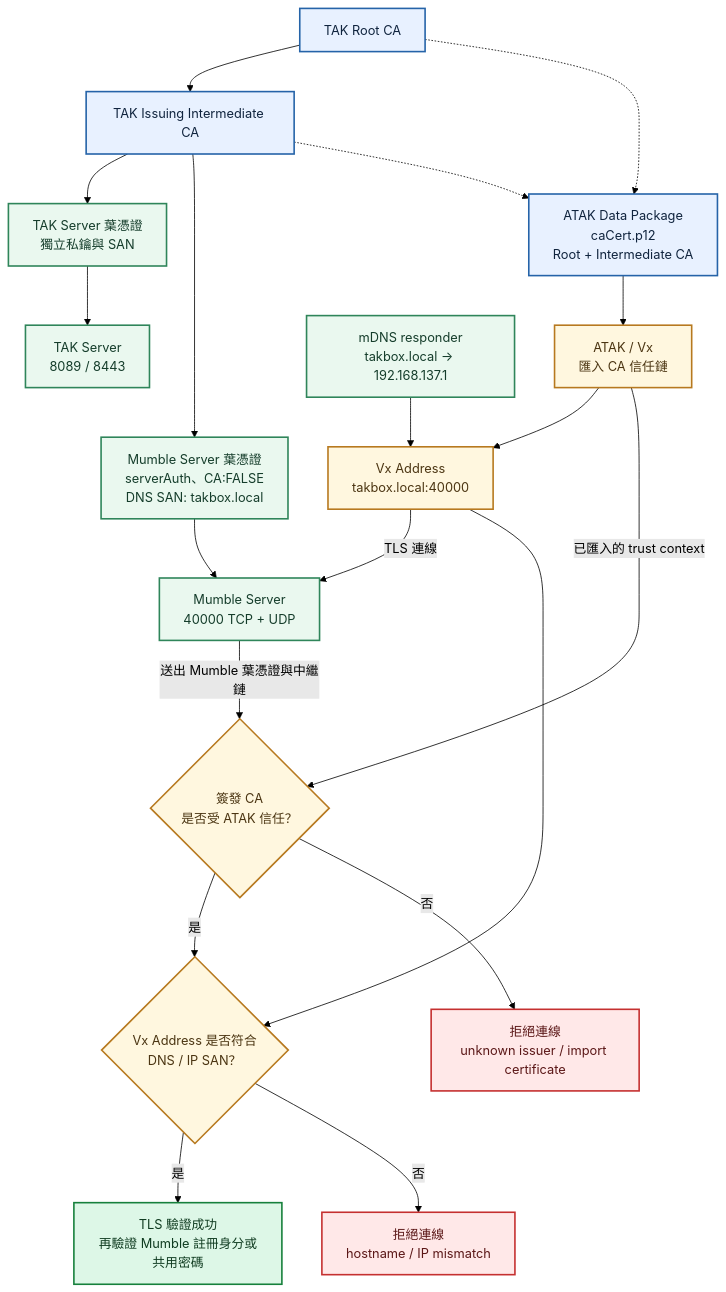
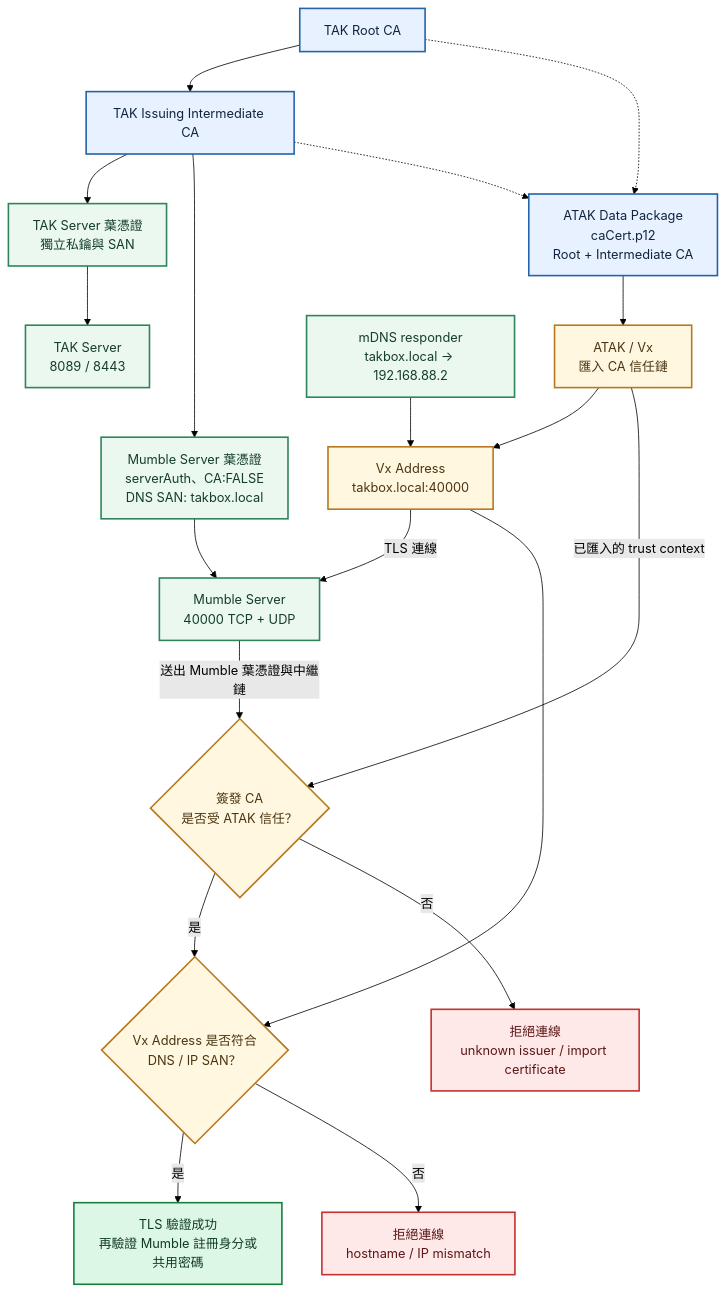
Before and after one commit to swim-fish/tak-server-docker: the diagram in docs/security/certificates.md, drawn with Mermaid (forest theme). The commit also changed other lines of this file and 3 other files, not shown here.

````diff
--- a/docs/security/certificates.md
+++ b/docs/security/certificates.md
@@ -39,39 +41,39 @@
 ```mermaid
 flowchart TB
     ROOT["TAK Root CA"] --> ICA["TAK Issuing Intermediate CA"]
 
     ICA --> TAKCERT["TAK Server 葉憑證<br/>獨立私鑰與 SAN"]
     ICA --> MUMCERT["Mumble Server 葉憑證<br/>serverAuth、CA:FALSE<br/>DNS SAN: takbox.local"]
 
     TAKCERT --> TAKSERVER["TAK Server<br/>8089 / 8443"]
     MUMCERT --> MUMBLE["Mumble Server<br/>40000 TCP + UDP"]
 
     ROOT -.-> CAP12["ATAK Data Package<br/>caCert.p12<br/>Root + Intermediate CA"]
     ICA -.-> CAP12
     CAP12 --> ATAK["ATAK / Vx<br/>匯入 CA 信任鏈"]
 
-    MDNS["mDNS responder<br/>takbox.local → 192.168.137.1"] --> ADDRESS["Vx Address<br/>takbox.local:40000"]
+    MDNS["mDNS responder<br/>takbox.local → 192.168.88.2"] --> ADDRESS["Vx Address<br/>takbox.local:40000"]
     ATAK --> ADDRESS
     ADDRESS -->|"TLS 連線"| MUMBLE
 
     MUMBLE -->|"送出 Mumble 葉憑證與中繼鏈"| CHAIN{"簽發 CA<br/>是否受 ATAK 信任？"}
     ATAK -->|"已匯入的 trust context"| CHAIN
     CHAIN -->|"是"| SAN{"Vx Address 是否符合<br/>DNS / IP SAN？"}
     ADDRESS --> SAN
     SAN -->|"是"| PASS["TLS 驗證成功<br/>再驗證 Mumble 註冊身分或共用密碼"]
 
     CHAIN -->|"否"| FAILCA["拒絕連線<br/>unknown issuer / import certificate"]
     SAN -->|"否"| FAILSAN["拒絕連線<br/>hostname / IP mismatch"]
 
     classDef ca fill:#e8f1ff,stroke:#2563a8,stroke-width:2px,color:#10243e;
     classDef server fill:#eaf8ef,stroke:#2f855a,stroke-width:2px,color:#153d2b;
     classDef client fill:#fff7df,stroke:#b7791f,stroke-width:2px,color:#4b3512;
     classDef success fill:#ddf7e7,stroke:#16803c,stroke-width:2px,color:#103c21;
     classDef failure fill:#ffe8e8,stroke:#c53030,stroke-width:2px,color:#5b1717;
 
     class ROOT,ICA,CAP12 ca;
     class TAKCERT,MUMCERT,TAKSERVER,MUMBLE,MDNS server;
     class ATAK,ADDRESS,CHAIN,SAN client;
     class PASS success;
     class FAILCA,FAILSAN failure;
 ```
````
